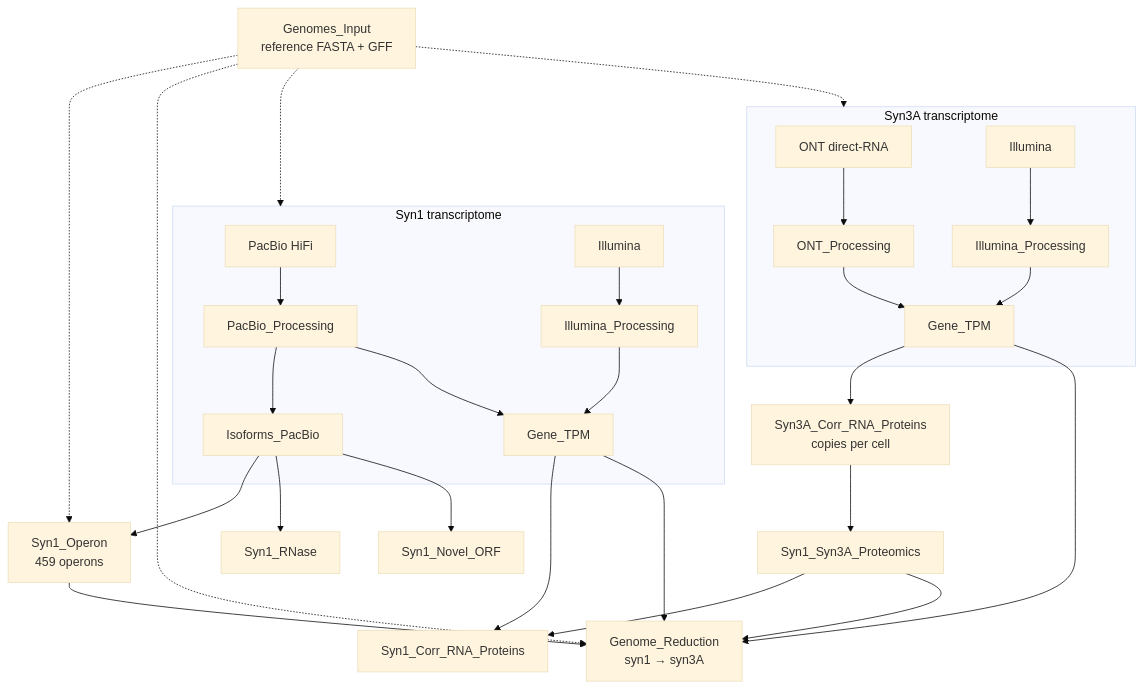
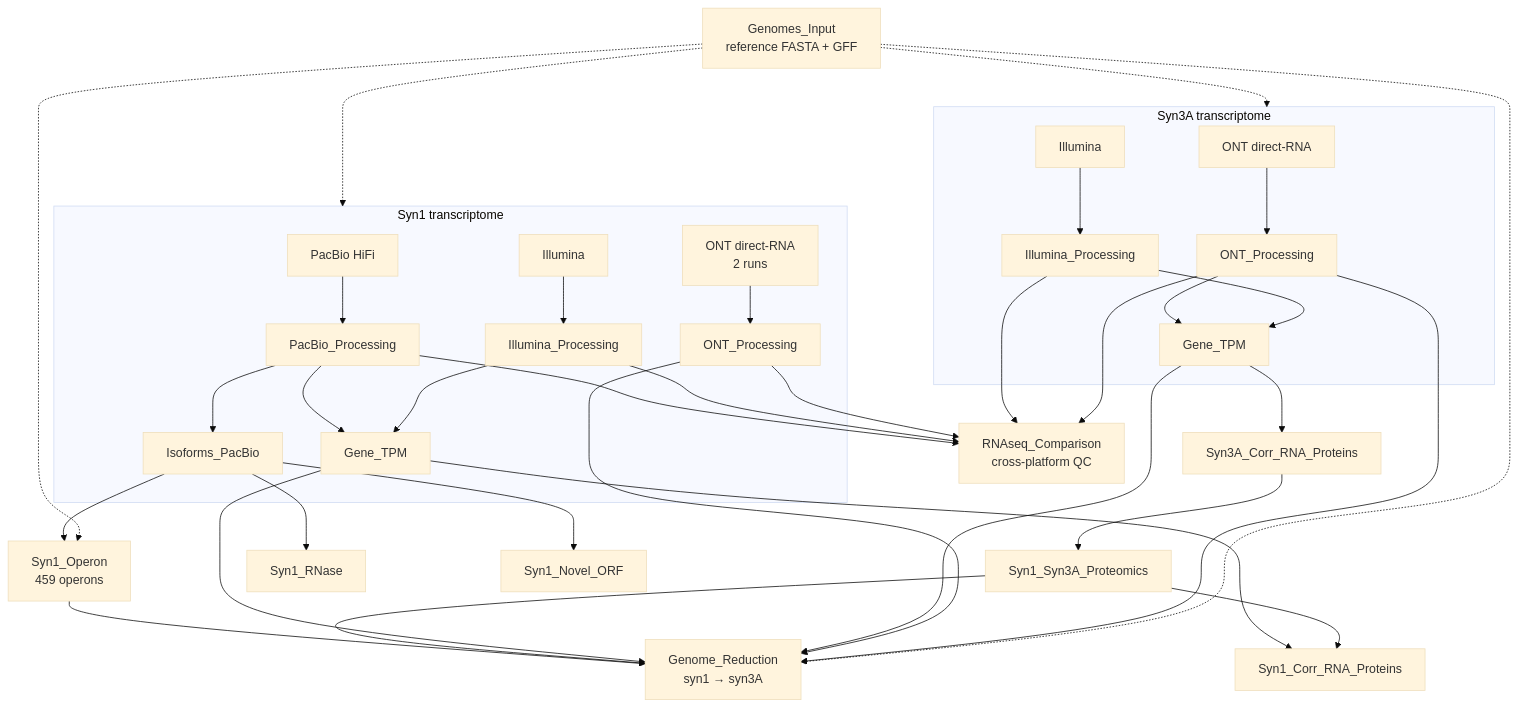
The diagram in README.md (enguangfu/Minimal_Cells_Transcriptomics_Proteomics), drawn with Mermaid (base theme) before and after one commit. The commit also changed other lines of this file and 26 other files, not shown here.

````diff
--- a/README.md
+++ b/README.md
@@ -57,37 +57,46 @@
 ```mermaid
 flowchart TD
     GEN["Genomes_Input<br/>reference FASTA + GFF"]
 
     subgraph SYN1["Syn1 transcriptome"]
         PB["PacBio HiFi"] --> PBP["PacBio_Processing"] --> ISO["Isoforms_PacBio"]
+        ONT1["ONT direct-RNA<br/>2 runs"] --> ONTP1["ONT_Processing"]
         ILL1["Illumina"] --> ILP1["Illumina_Processing"]
         PBP --> TPM1["Gene_TPM"]
         ILP1 --> TPM1
     end
 
     subgraph SYN3["Syn3A transcriptome"]
         ONT["ONT direct-RNA"] --> ONTP["ONT_Processing"]
         ILL3["Illumina"] --> ILP3["Illumina_Processing"]
         ONTP --> TPM3["Gene_TPM"]
         ILP3 --> TPM3
     end
 
     PROT["Syn1_Syn3A_Proteomics"]
 
     ISO --> OPN["Syn1_Operon<br/>459 operons"]
     ISO --> RNASE["Syn1_RNase"]
     ISO --> NOV["Syn1_Novel_ORF"]
     TPM1 --> CORR["Syn1_Corr_RNA_Proteins"]
     PROT --> CORR
-    TPM3 --> S3C["Syn3A_Corr_RNA_Proteins<br/>copies per cell"]
+    TPM3 --> S3C["Syn3A_Corr_RNA_Proteins"]
     S3C --> PROT
     OPN --> GR["Genome_Reduction<br/>syn1 → syn3A"]
     PROT --> GR
     TPM1 --> GR
     TPM3 --> GR
+    ONTP1 --> GR
+    ONTP --> GR
+
+    PBP --> RC["RNAseq_Comparison<br/>cross-platform QC"]
+    ILP1 --> RC
+    ONTP1 --> RC
+    ILP3 --> RC
+    ONTP --> RC
 
     GEN -.-> SYN1
     GEN -.-> SYN3
     GEN -.-> OPN
     GEN -.-> GR
 ```
````
